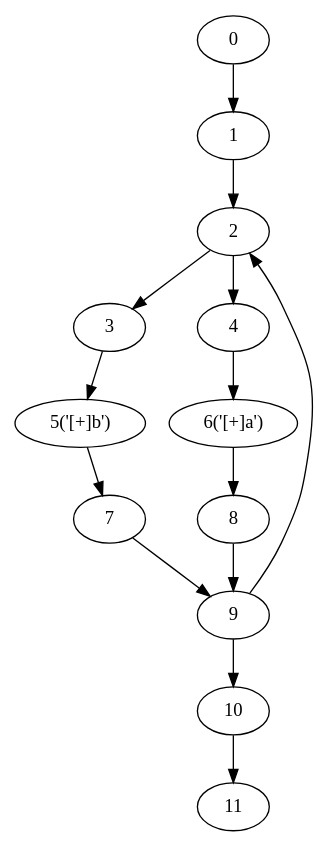
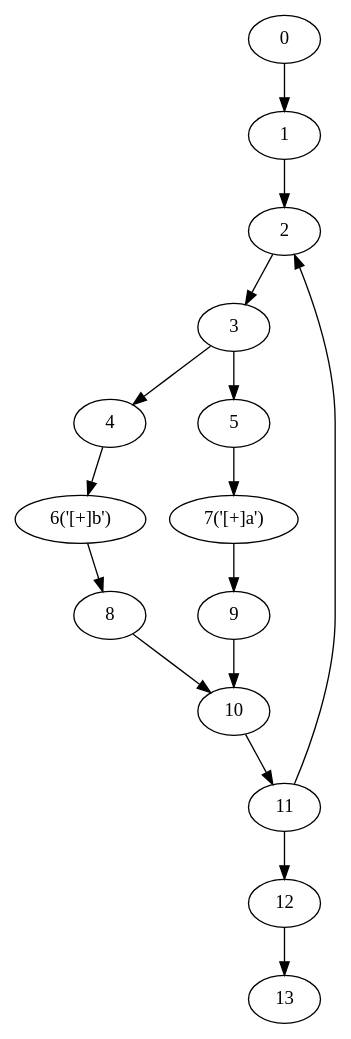
One commit to yyl-20020115/NRegEx changed the diagram in NRegex.Test/Graphs/TestMethod05.dot. Above: the diagram before and after it, drawn with Graphviz. The commit also changed 20 other files, not shown here.

```diff
--- a/NRegex.Test/Graphs/TestMethod05.dot
+++ b/NRegex.Test/Graphs/TestMethod05.dot
@@ -1,27 +1,31 @@
 digraph g {
 	0 ;
 	1 ;
 	2 ;
 	3 ;
 	4 ;
-	5 [label="5('[+]b')"];
-	6 [label="6('[+]a')"];
-	7 ;
+	5 ;
+	6 [label="6('[+]b')"];
+	7 [label="7('[+]a')"];
 	8 ;
 	9 ;
 	10 ;
 	11 ;
+	12 ;
+	13 ;
 	0->1;
 	1->2;
-	9->2;
+	11->2;
 	2->3;
-	2->4;
+	3->4;
 	3->5;
 	4->6;
 	5->7;
 	6->8;
 	7->9;
-	8->9;
+	8->10;
 	9->10;
 	10->11;
+	11->12;
+	12->13;
 }
```
